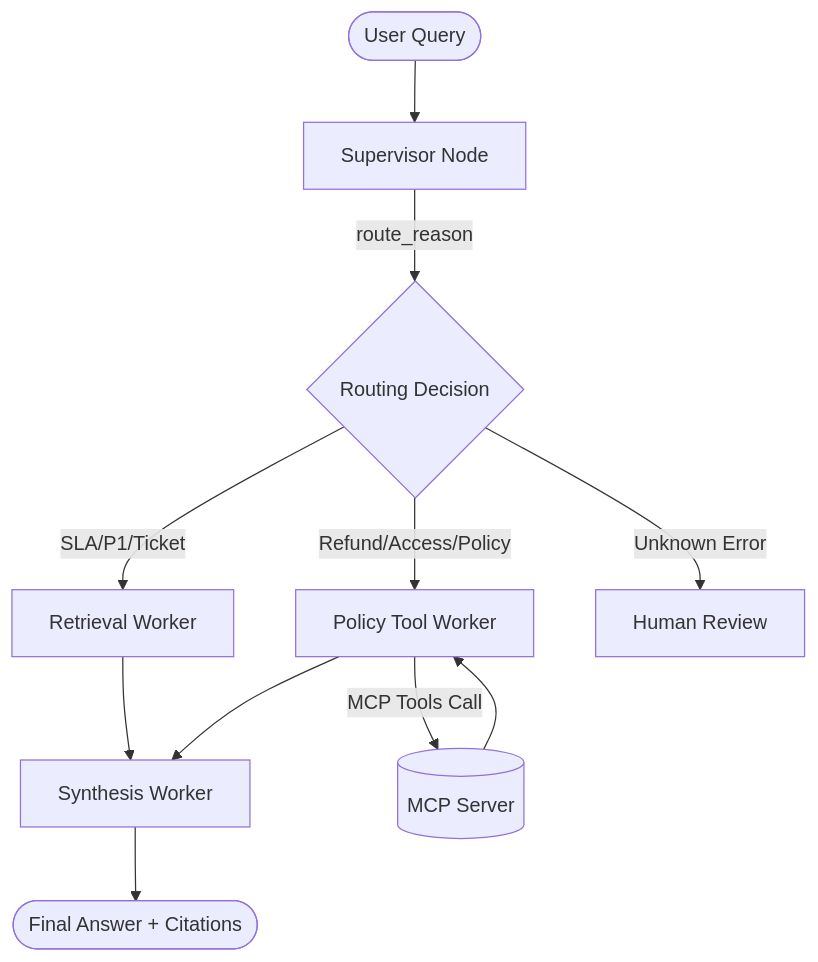
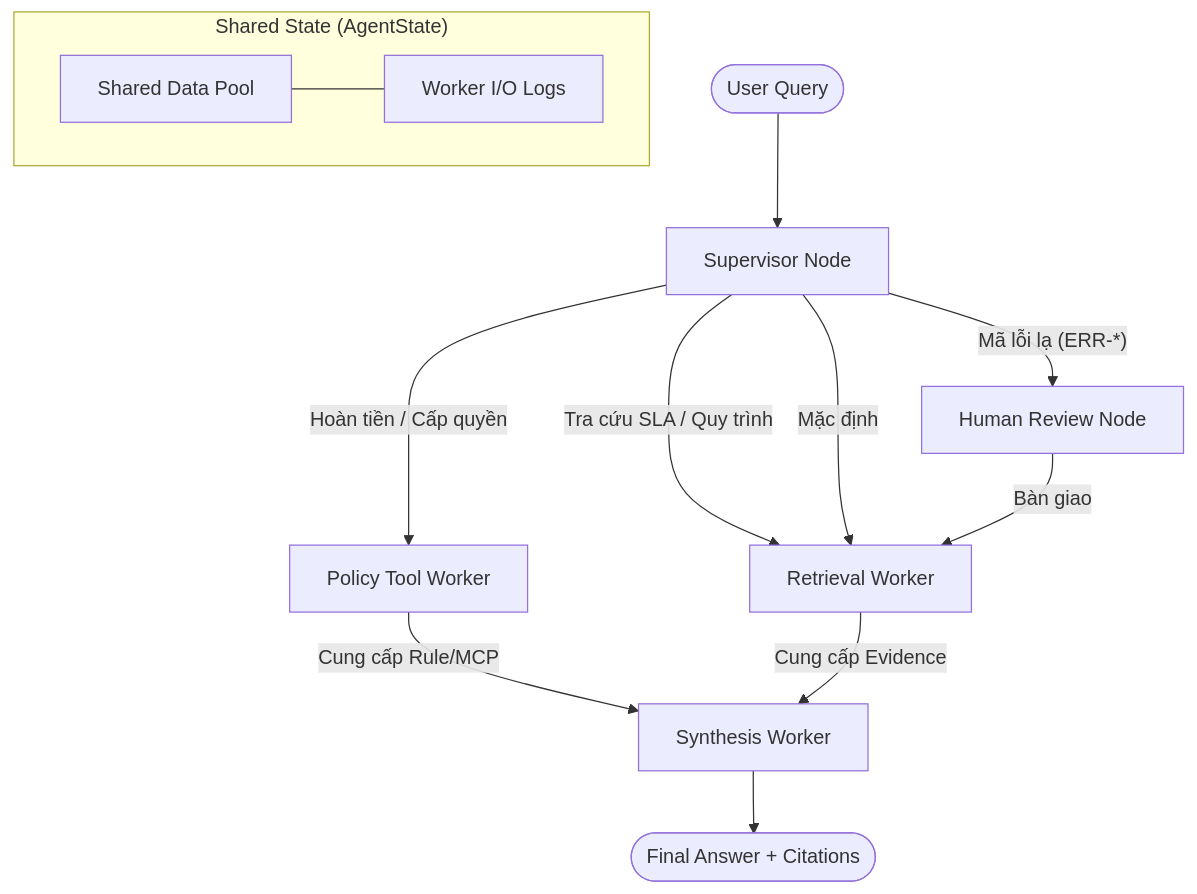
Before and after one commit to LeHuyHongNhat/C401-D6-Day-08-09-10: the diagram in day09/lab/docs/system_architecture.md, drawn with Mermaid. The commit also changed other lines of this file and 5 other files, not shown here.

````diff
--- a/day09/lab/docs/system_architecture.md
+++ b/day09/lab/docs/system_architecture.md
@@ -25,16 +16,23 @@
 ```mermaid
 graph TD
     User([User Query]) --> Supervisor[Supervisor Node]
-    Supervisor --> |route_reason| Decision{Routing Decision}
     
-    Decision --> |SLA/P1/Ticket| Retrieval[Retrieval Worker]
-    Decision --> |Refund/Access/Policy| Policy[Policy Tool Worker]
-    Decision --> |Unknown Error| Human[Human Review]
+    %% Routing Logic
+    Supervisor -- "Mã lỗi lạ (ERR-*)" --> HITL[Human Review Node]
+    Supervisor -- "Hoàn tiền / Cấp quyền" --> PW[Policy Tool Worker]
+    Supervisor -- "Tra cứu SLA / Quy trình" --> RW[Retrieval Worker]
+    Supervisor -- "Mặc định" --> RW
     
-    Retrieval --> Synthesis[Synthesis Worker]
-    Policy --> |MCP Tools Call| MCP[(MCP Server)]
-    MCP --> Policy
-    Policy --> Synthesis
+    %% Execution Chain
+    HITL --> |Bàn giao| RW
+    PW --> |Cung cấp Rule/MCP| Synthesis[Synthesis Worker]
+    RW --> |Cung cấp Evidence| Synthesis
     
+    %% Output
     Synthesis --> Output([Final Answer + Citations])
+
+    subgraph "Shared State (AgentState)"
+        direction LR
+        State[Shared Data Pool] --- Log[Worker I/O Logs]
+    end
 ```
````
